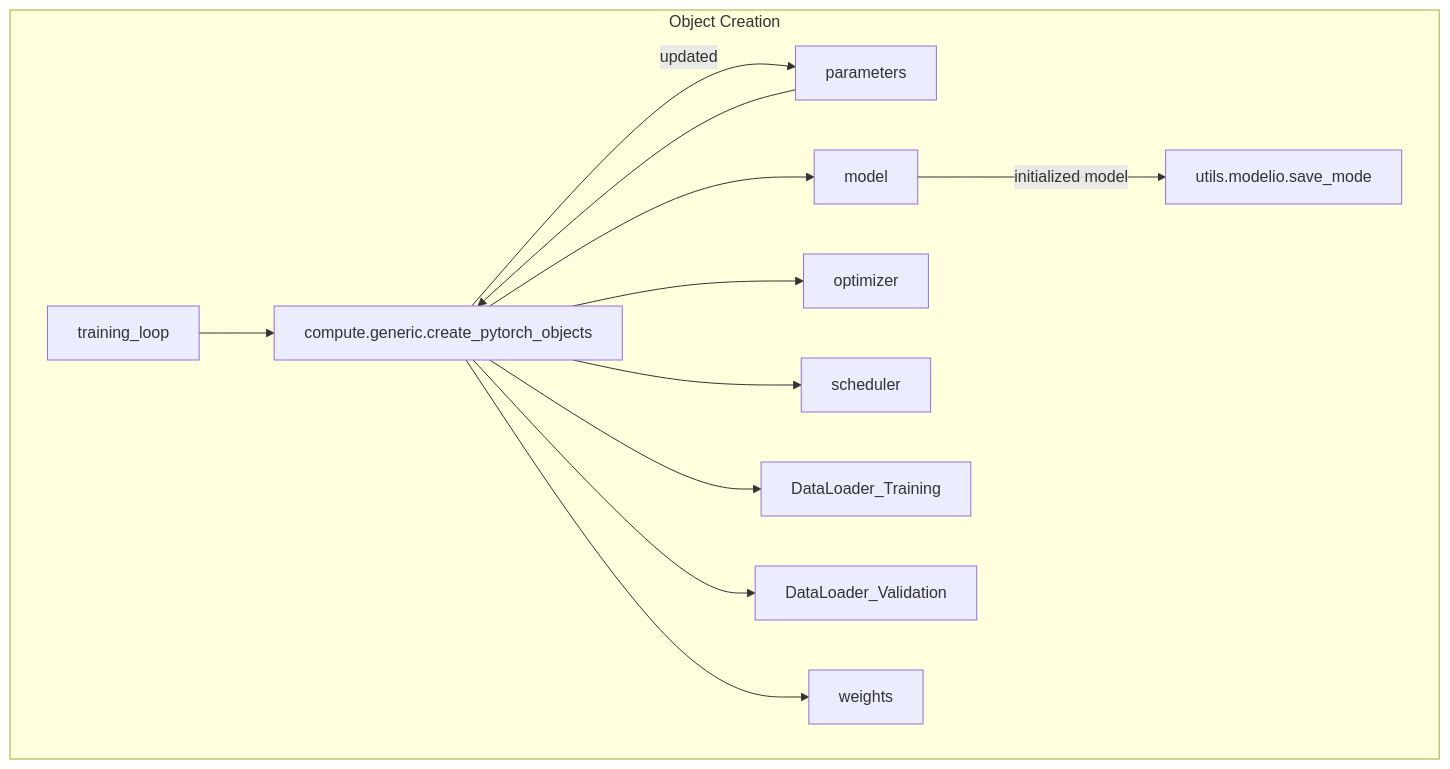
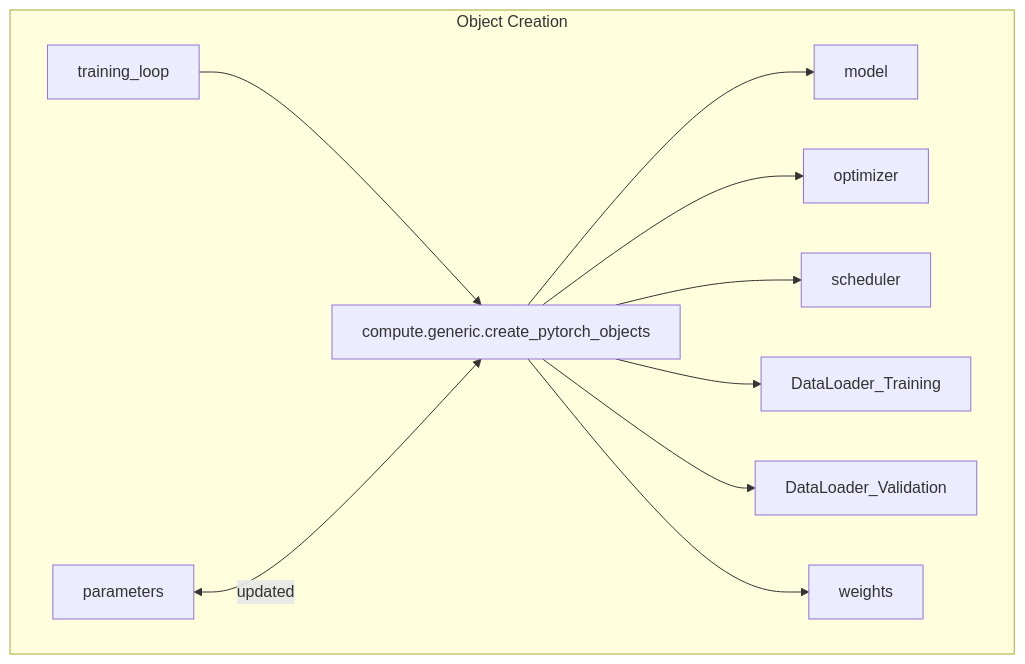
One commit to szmazurek/GaNDLF changed the second of 5 diagrams in docs/flowchart.md. Above: the diagram before and after it, drawn with Mermaid. The commit also changed other lines of this file, not shown here.

````diff
--- a/docs/flowchart.md
+++ b/docs/flowchart.md
@@ -20,15 +20,13 @@
 ```mermaid
 flowchart 
     subgraph Object Creation
         training_loop --> compute.generic.create_pytorch_objects
-        parameters --> compute.generic.create_pytorch_objects
+        parameters <-->|updated| compute.generic.create_pytorch_objects
         compute.generic.create_pytorch_objects --> model
         compute.generic.create_pytorch_objects --> optimizer
         compute.generic.create_pytorch_objects --> scheduler
         compute.generic.create_pytorch_objects --> DataLoader_Training
         compute.generic.create_pytorch_objects --> DataLoader_Validation
         compute.generic.create_pytorch_objects --> weights
-        compute.generic.create_pytorch_objects -->|updated| parameters
-        model -->|initialized model| utils.modelio.save_mode
     end
 ```
````
